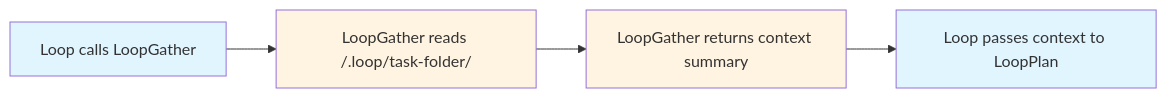
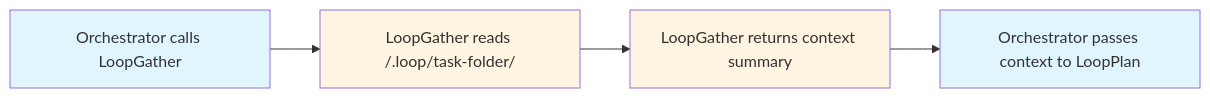
One commit to digitarald/loop-agent changed the fourth of 4 diagrams in README.md. Above: the diagram before and after it, drawn with Mermaid. The commit also changed other lines of this file and 10 other files, not shown here.

````diff
--- a/README.md
+++ b/README.md
@@ -272,11 +272,11 @@
 ```mermaid
 flowchart LR
-    A[Loop calls LoopGather] --> B["LoopGather reads /.loop/task-folder/"]
+    A[Orchestrator calls LoopGather] --> B["LoopGather reads /.loop/task-folder/"]
     B --> C[LoopGather returns context summary]
-    C --> D[Loop passes context to LoopPlan]
+    C --> D[Orchestrator passes context to LoopPlan]
     
     style A fill:#e1f5ff
     style B fill:#fff4e1
     style C fill:#fff4e1
     style D fill:#e1f5ff
 ```
````
